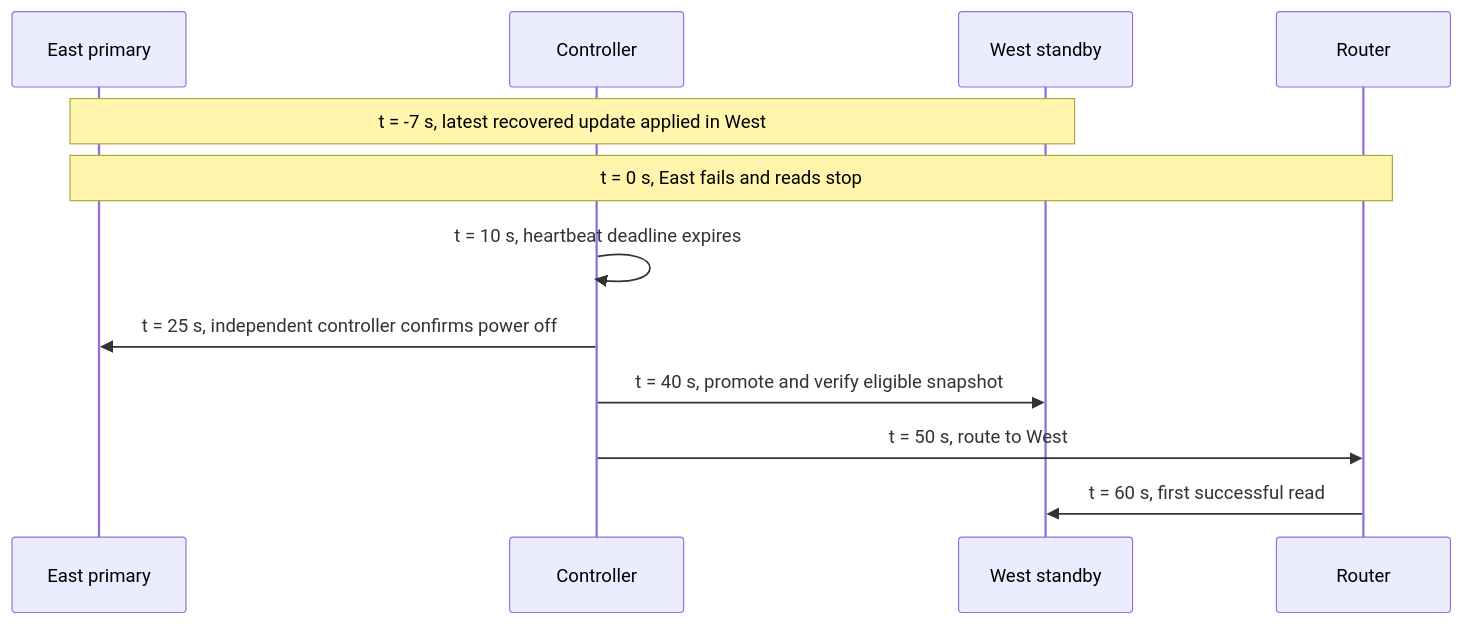
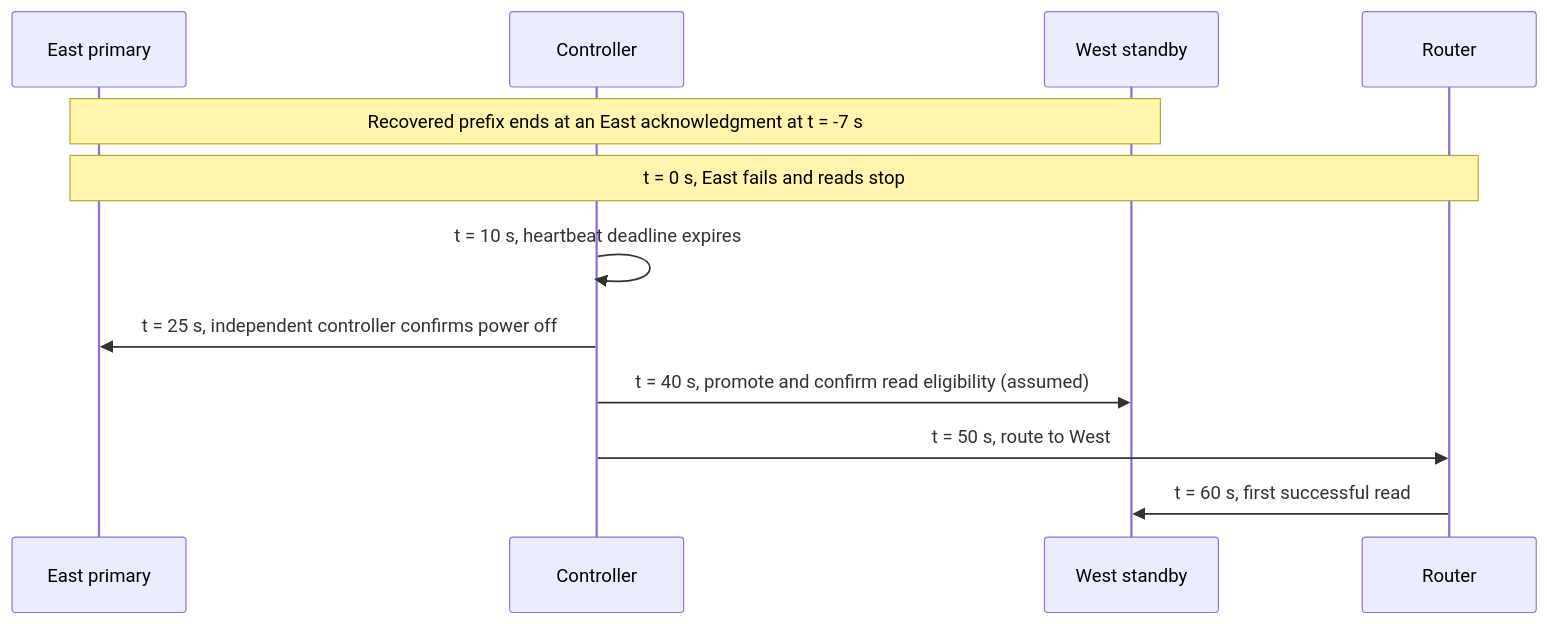
One commit to czyboi/system-design-academy changed the diagram in modules/m01/lessons/M01-L04.md. Above: the diagram before and after it, drawn with Mermaid. The commit also changed other lines of this file and 10 other files, not shown here.

````diff
--- a/modules/m01/lessons/M01-L04.md
+++ b/modules/m01/lessons/M01-L04.md
@@ -31,14 +31,14 @@
 ```mermaid
 sequenceDiagram
     participant E as East primary
     participant C as Controller
     participant W as West standby
     participant R as Router
-    Note over E,W: t = -7 s, latest recovered update applied in West
+    Note over E,W: Recovered prefix ends at an East acknowledgment at t = -7 s
     Note over E,R: t = 0 s, East fails and reads stop
     C->>C: t = 10 s, heartbeat deadline expires
     C->>E: t = 25 s, independent controller confirms power off
-    C->>W: t = 40 s, promote and verify eligible snapshot
+    C->>W: t = 40 s, promote and confirm read eligibility (assumed)
     C->>R: t = 50 s, route to West
     R->>W: t = 60 s, first successful read
 ```
````
